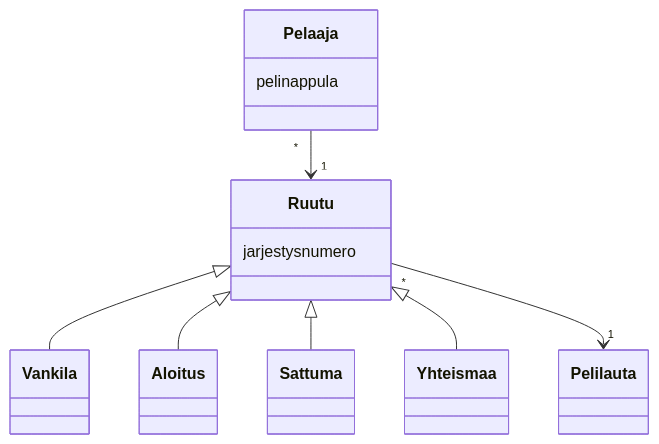
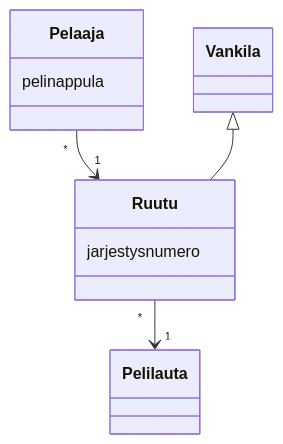
Before and after one commit to VilleJuhan1/ot-harjoitustyo: the diagram in laskarit/viikko3/luokkakaavio_monopoli.md, drawn with Mermaid.

Commit message:
Testausta

````diff
--- a/laskarit/viikko3/luokkakaavio_monopoli.md
+++ b/laskarit/viikko3/luokkakaavio_monopoli.md
@@ -3,25 +3,18 @@
 ```mermaid
 classDiagram
-    Ruutu <|-- Vankila
-    Ruutu <|-- Aloitus
-    Ruutu <|-- Sattuma
-    Ruutu <|-- Yhteismaa
+
+%% Alustetaan luokat ja niiden suhteet
     Ruutu "*" --> "1" Pelilauta
     Pelaaja "*" --> "1" Ruutu
+    Vankila <|-- Ruutu
+
+%% Määritetään luokkien ominaisuudet
     class Pelilauta{
     }
     class Ruutu{
         jarjestysnumero
     }
     class Pelaaja{
         pelinappula
     }
-    class Vankila{
-    }
-    class Aloitus{
-    }
-    class Sattuma{
-    }
-    class Yhteismaa{
-    }
 ```    
````
